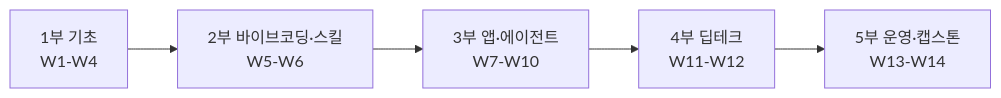
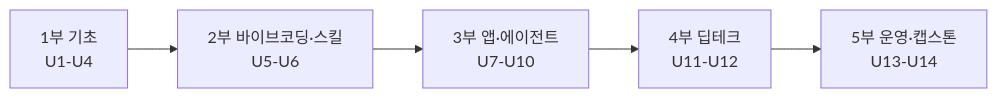
Before and after one commit to tutleblue/llm-study: the diagram in 학습계획안.md, drawn with Mermaid. The commit also changed other lines of this file and 11 other files, not shown here.

````diff
--- a/학습계획안.md
+++ b/학습계획안.md
@@ -19,4 +21,4 @@
 ```mermaid
 flowchart LR
-  A[1부 기초<br>W1-W4] --> B[2부 바이브코딩·스킬<br>W5-W6] --> C[3부 앱·에이전트<br>W7-W10] --> D[4부 딥테크<br>W11-W12] --> E[5부 운영·캡스톤<br>W13-W14]
+  A[1부 기초<br>U1-U4] --> B[2부 바이브코딩·스킬<br>U5-U6] --> C[3부 앱·에이전트<br>U7-U10] --> D[4부 딥테크<br>U11-U12] --> E[5부 운영·캡스톤<br>U13-U14]
 ```
````
